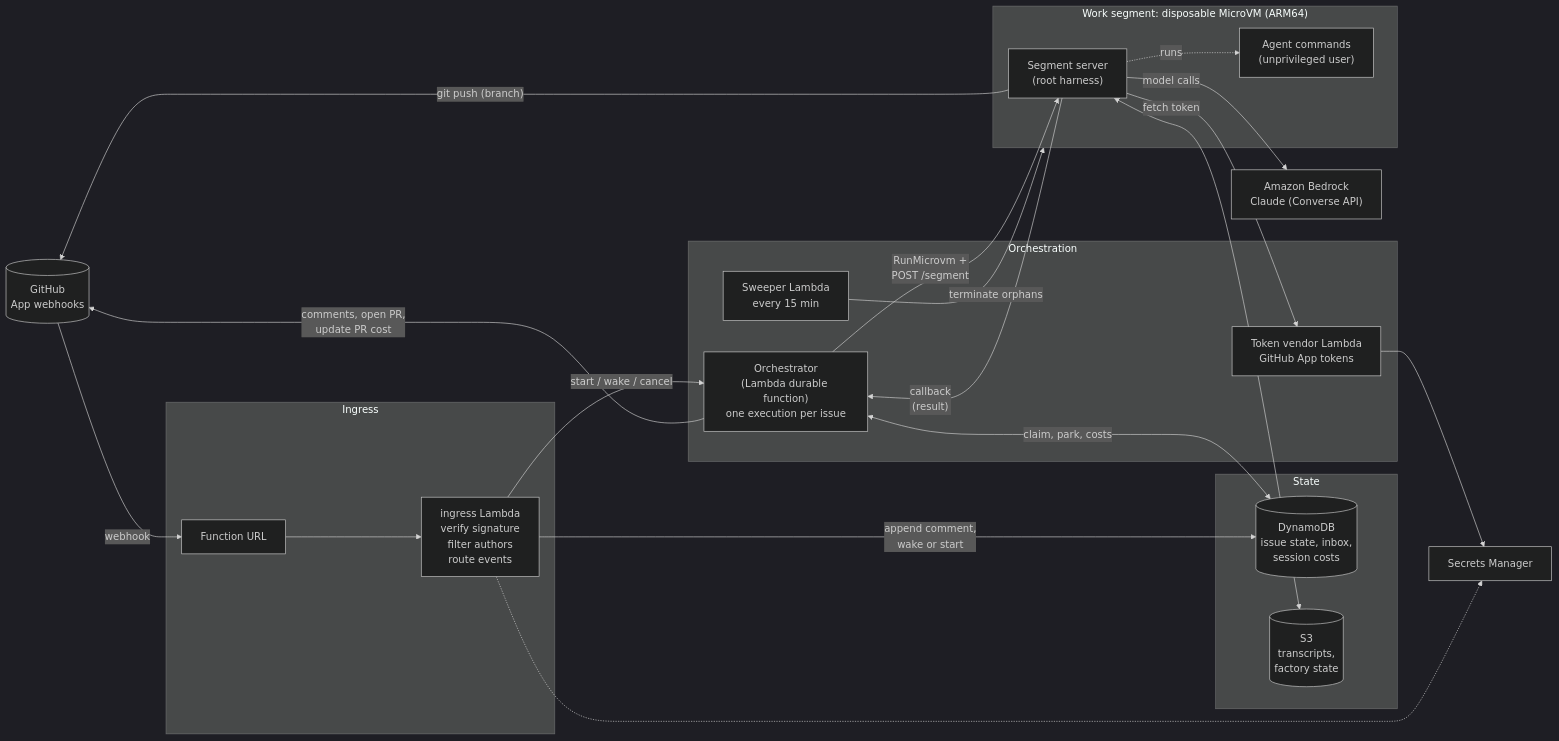
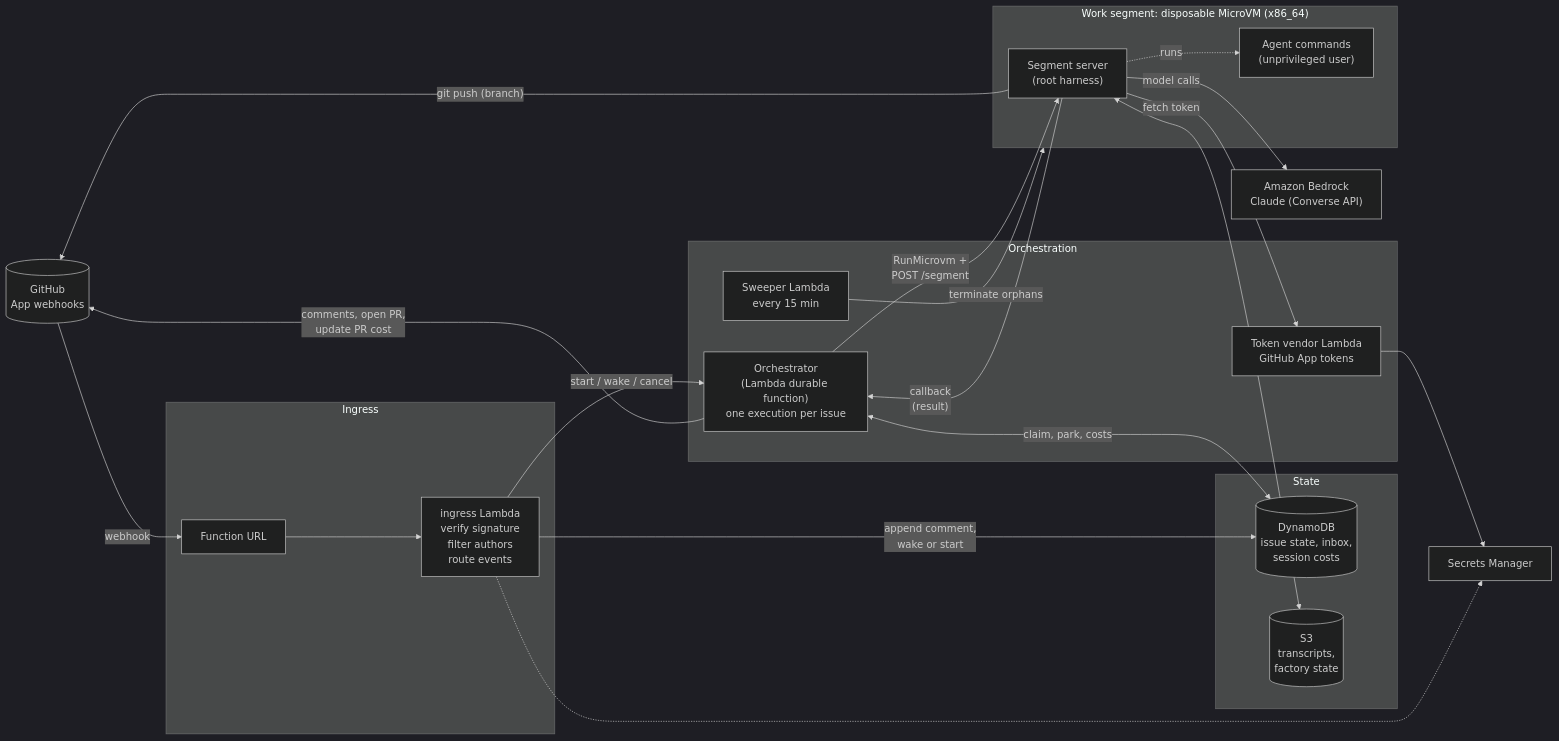
One commit to mbonig/ai-developer-agent changed the first of 8 diagrams in README.md. Above: the diagram before and after it, drawn with Mermaid (dark theme). The commit also changed other lines of this file and 2 other files, not shown here.

Commit message:
agent: work on issue #5 (segment 1)

````diff
--- a/README.md
+++ b/README.md
@@ -34,39 +34,39 @@
 ```mermaid
 flowchart LR
     GH[("GitHub<br/>App webhooks")]
     subgraph Ingress
         URL["Function URL"]
         ING["ingress Lambda<br/>verify signature<br/>filter authors<br/>route events"]
     end
     subgraph State
         DDB[("DynamoDB<br/>issue state, inbox,<br/>session costs")]
         S3[("S3<br/>transcripts,<br/>factory state")]
     end
     subgraph Orchestration
         ORCH["Orchestrator<br/>(Lambda durable function)<br/>one execution per issue"]
         SWEEP["Sweeper Lambda<br/>every 15 min"]
         TV["Token vendor Lambda<br/>GitHub App tokens"]
     end
-    subgraph Sandbox["Work segment: disposable MicroVM (ARM64)"]
+    subgraph Sandbox["Work segment: disposable MicroVM (x86_64)"]
         SRV["Segment server<br/>(root harness)"]
         AGENT["Agent commands<br/>(unprivileged user)"]
     end
     BR["Amazon Bedrock<br/>Claude (Converse API)"]
     SM["Secrets Manager"]
 
     GH -->|webhook| URL --> ING
     ING -->|"append comment,<br/>wake or start"| DDB
     ING -->|"start / wake / cancel"| ORCH
     ORCH <-->|"claim, park, costs"| DDB
     ORCH -->|"RunMicrovm +<br/>POST /segment"| SRV
     SRV -->|"callback<br/>(result)"| ORCH
     SRV <--> S3
     SRV -->|"model calls"| BR
     SRV -->|"fetch token"| TV
     TV --> SM
     SRV -. runs .-> AGENT
     SRV -->|"git push (branch)"| GH
     ORCH -->|"comments, open PR,<br/>update PR cost"| GH
     SWEEP -->|"terminate orphans"| Sandbox
     ING -.-> SM
 ```
````
